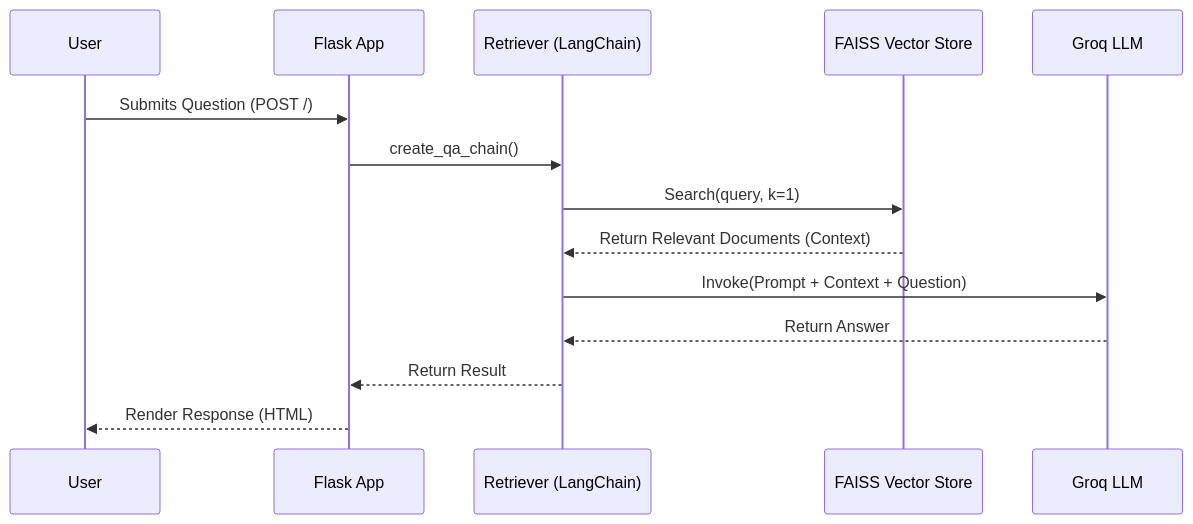
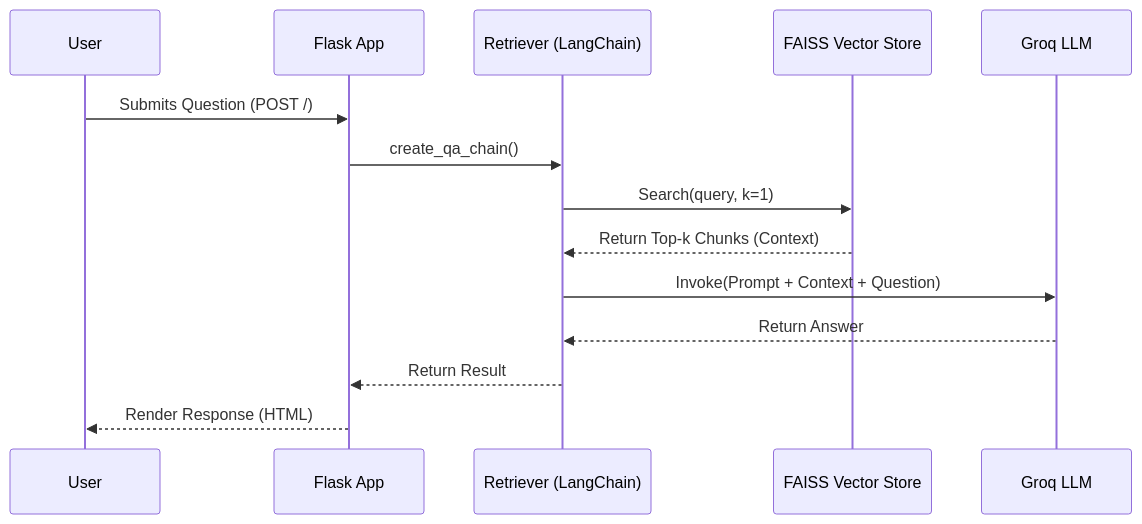
One commit to Matheuscruztj/rag_medical_chatbot changed the fourth of 4 diagrams in README.md. Above: the diagram before and after it, drawn with Mermaid. The commit also changed other lines of this file and 1 other file, not shown here.

````diff
--- a/README.md
+++ b/README.md
@@ -53,17 +110,17 @@
 ```mermaid
 sequenceDiagram
     participant U as User
     participant F as Flask App
     participant R as Retriever (LangChain)
     participant V as FAISS Vector Store
     participant L as Groq LLM
 
     U->>F: Submits Question (POST /)
     F->>R: create_qa_chain()
     R->>V: Search(query, k=1)
-    V-->>R: Return Relevant Documents (Context)
+    V-->>R: Return Top-k Chunks (Context)
     R->>L: Invoke(Prompt + Context + Question)
     L-->>R: Return Answer
     R-->>F: Return Result
     F-->>U: Render Response (HTML)
 ```
````
